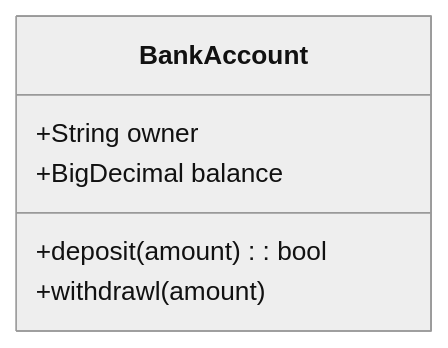
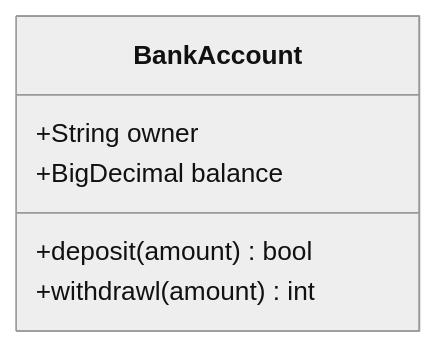
One commit to aazminu/mermaid changed the fifth of 14 diagrams in docs/classDiagram.md. Above: the diagram before and after it, drawn with Mermaid (neutral theme). The commit also changed other lines of this file and 6 other files, not shown here.

````diff
--- a/docs/classDiagram.md
+++ b/docs/classDiagram.md
@@ -140,9 +140,9 @@
 ```mermaid
   classDiagram
     class BankAccount{
         +String owner
         +BigDecimal balance
-        +deposit(amount) : bool
-        +withdrawl(amount)
+        +deposit(amount) bool
+        +withdrawl(amount) int
 }
 ```
````
